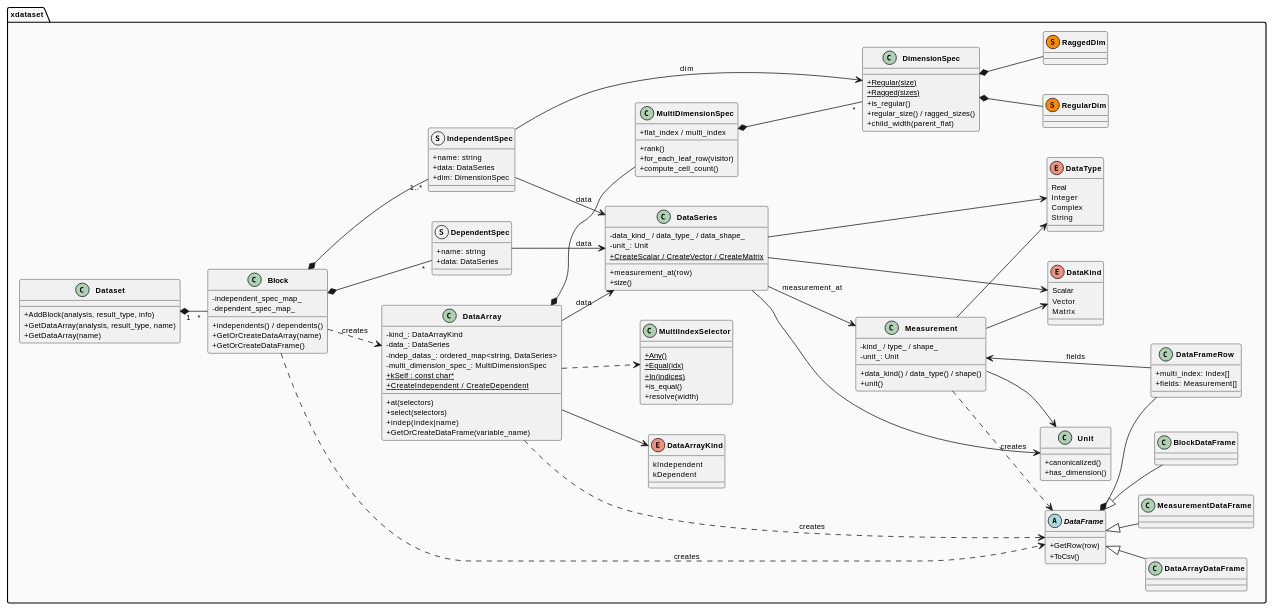
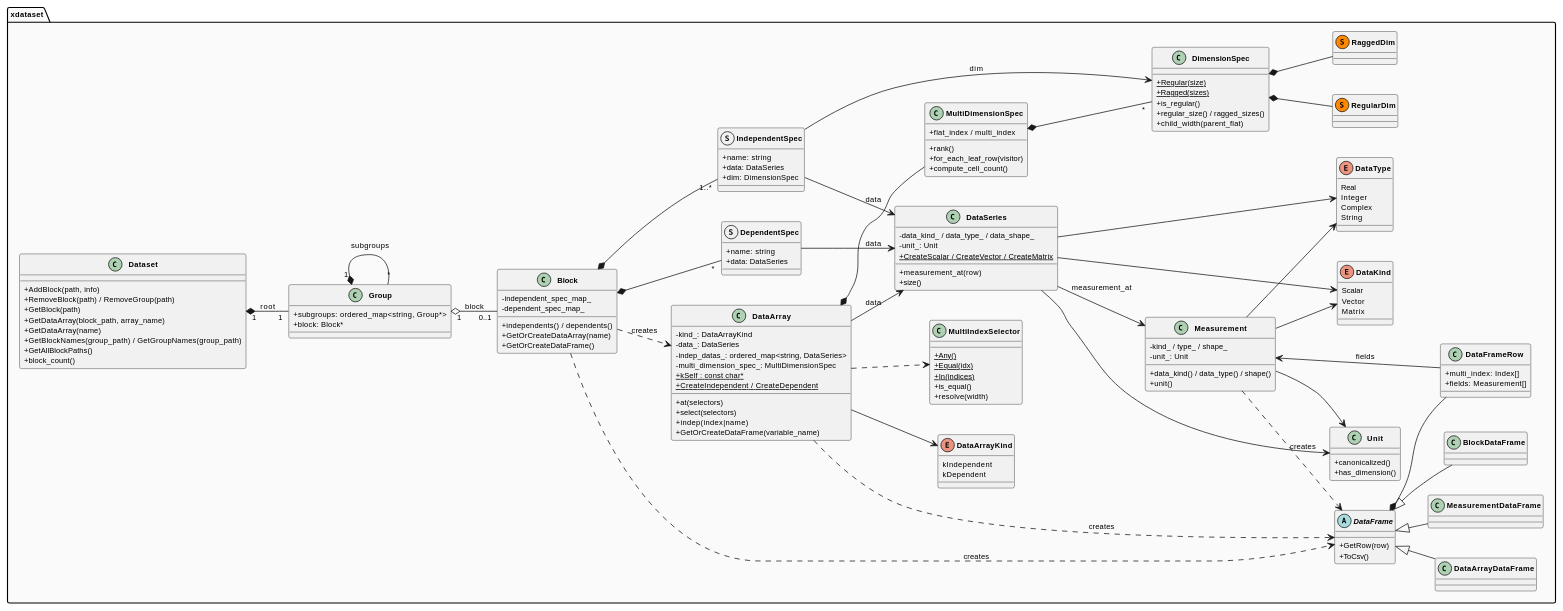
Before and after one commit to smile-zyk/xdataset: the first of 2 diagrams in docs/Architecture.md, drawn with PlantUML. The commit also changed other lines of this file and 4 other files, not shown here.

First line of the commit message:
Refactor Dataset to tree-based Group/Block structure

```diff
--- a/docs/Architecture.md
+++ b/docs/Architecture.md
@@ -21,9 +21,14 @@
 package "xdataset" #FAFAFA {
 
     class Dataset {
-        + AddBlock(analysis, result_type, info)
-        + GetDataArray(analysis, result_type, name)
+        + AddBlock(path, info)
+        + RemoveBlock(path) / RemoveGroup(path)
+        + GetBlock(path)
+        + GetDataArray(block_path, array_name)
         + GetDataArray(name)
+        + GetBlockNames(group_path) / GetGroupNames(group_path)
+        + GetAllBlockPaths()
+        + block_count()
     }
 
     class Block {
@@ -136,7 +141,14 @@
         String
     }
 
-    Dataset "1" *-- "*" Block
+    class Group {
+        + subgroups: ordered_map<string, Group*>
+        + block: Block*
+    }
+
+    Dataset "1" *-- "1" Group : root
+    Group "1" *-- "*" Group : subgroups
+    Group "1" o-- "0..1" Block : block
     Block *-- "1..*" IndependentSpec
     Block *-- "*" DependentSpec
     IndependentSpec --> DataSeries : data
```
